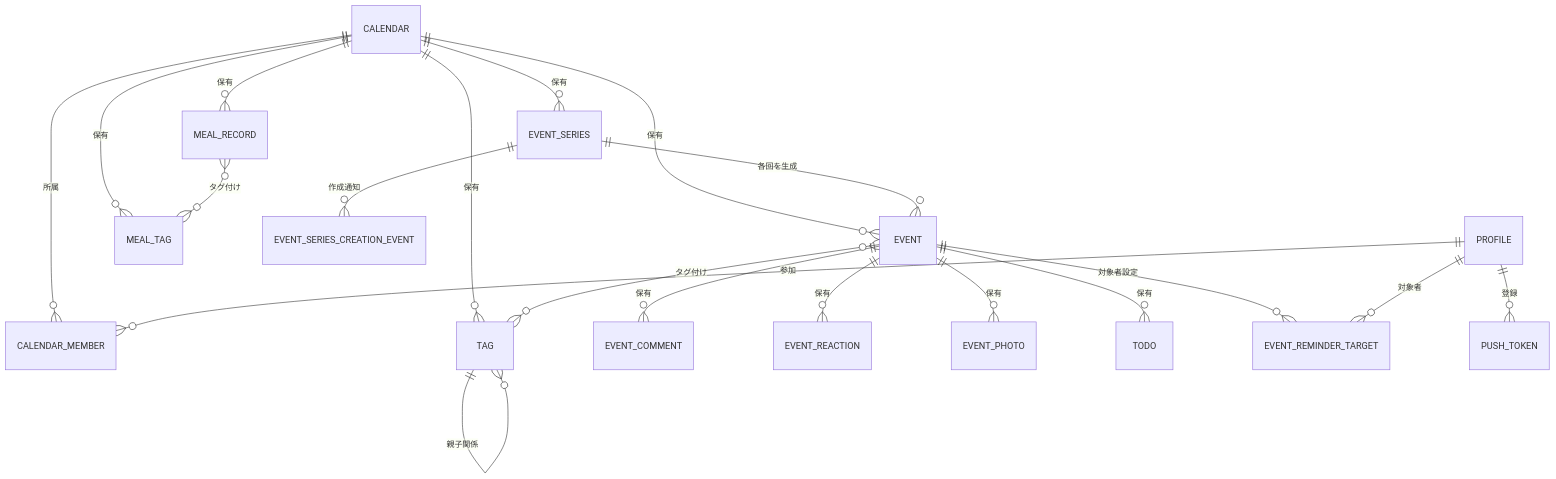
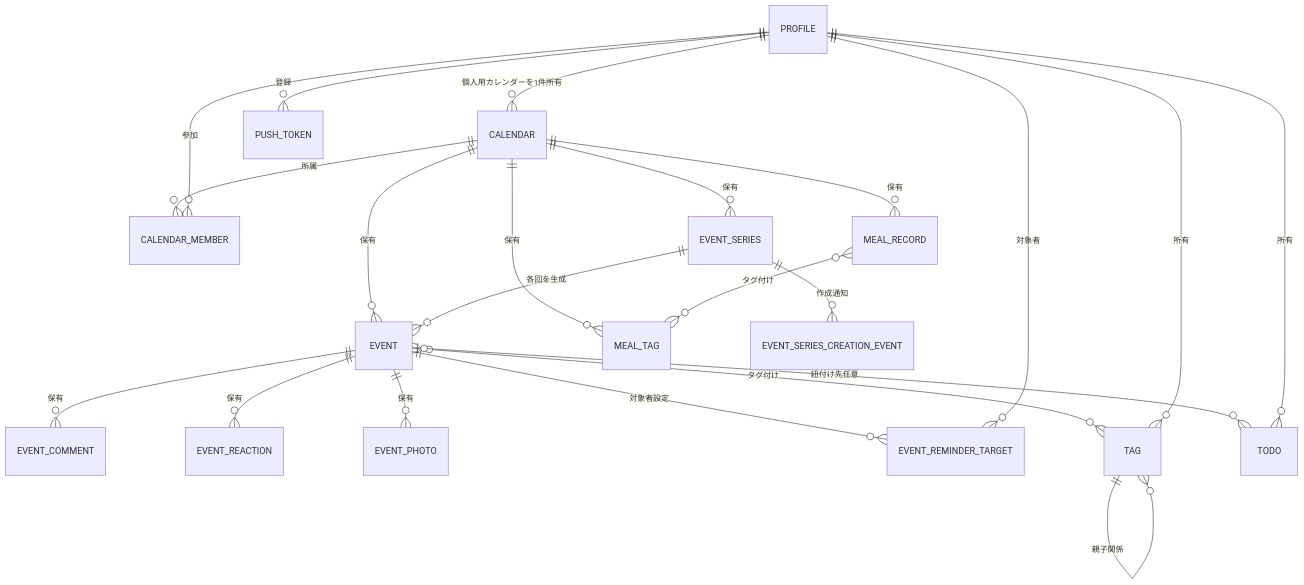
One commit to The-Birdheads/memory-calendar changed the seventh of 8 diagrams in .kiro/specs/shared-calendar/design.md. Above: the diagram before and after it, drawn with Mermaid. The commit also changed other lines of this file and 11 other files, not shown here.

````diff
--- a/.kiro/specs/shared-calendar/design.md
+++ b/.kiro/specs/shared-calendar/design.md
@@ -653,22 +762,24 @@
 ```mermaid
 erDiagram
     CALENDAR ||--o{ CALENDAR_MEMBER : 所属
     CALENDAR ||--o{ EVENT_SERIES : 保有
     CALENDAR ||--o{ EVENT : 保有
-    CALENDAR ||--o{ TAG : 保有
     CALENDAR ||--o{ MEAL_TAG : 保有
     CALENDAR ||--o{ MEAL_RECORD : 保有
     EVENT_SERIES ||--o{ EVENT : 各回を生成
     EVENT_SERIES ||--o{ EVENT_SERIES_CREATION_EVENT : 作成通知
     EVENT ||--o{ EVENT_COMMENT : 保有
     EVENT ||--o{ EVENT_REACTION : 保有
     EVENT ||--o{ EVENT_PHOTO : 保有
-    EVENT ||--o{ TODO : 保有
     EVENT ||--o{ EVENT_REMINDER_TARGET : 対象者設定
     EVENT }o--o{ TAG : タグ付け
+    EVENT |o--o{ TODO : 紐付け先任意
     TAG ||--o{ TAG : 親子関係
     MEAL_RECORD }o--o{ MEAL_TAG : タグ付け
     PROFILE ||--o{ CALENDAR_MEMBER : 参加
+    PROFILE ||--o{ CALENDAR : 個人用カレンダーを1件所有
+    PROFILE ||--o{ TAG : 所有
+    PROFILE ||--o{ TODO : 所有
     PROFILE ||--o{ PUSH_TOKEN : 登録
     PROFILE ||--o{ EVENT_REMINDER_TARGET : 対象者
 ```
````
